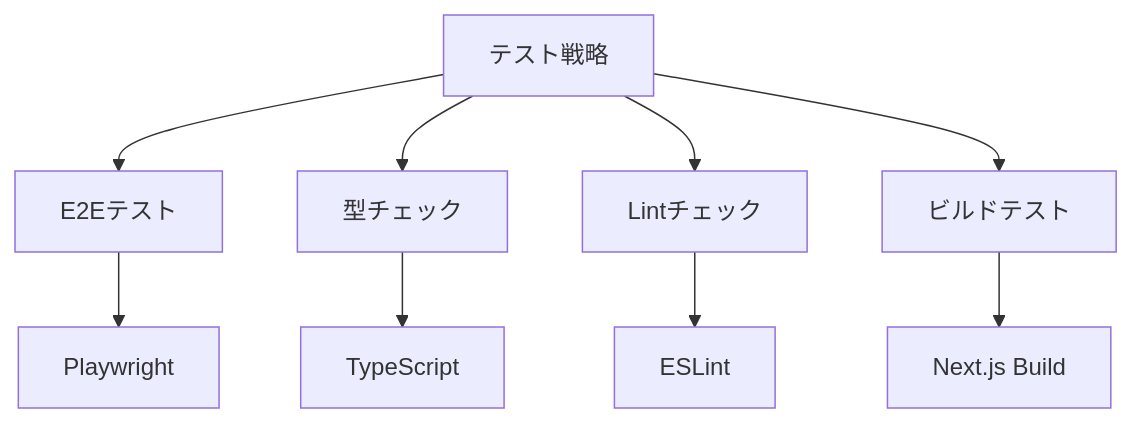
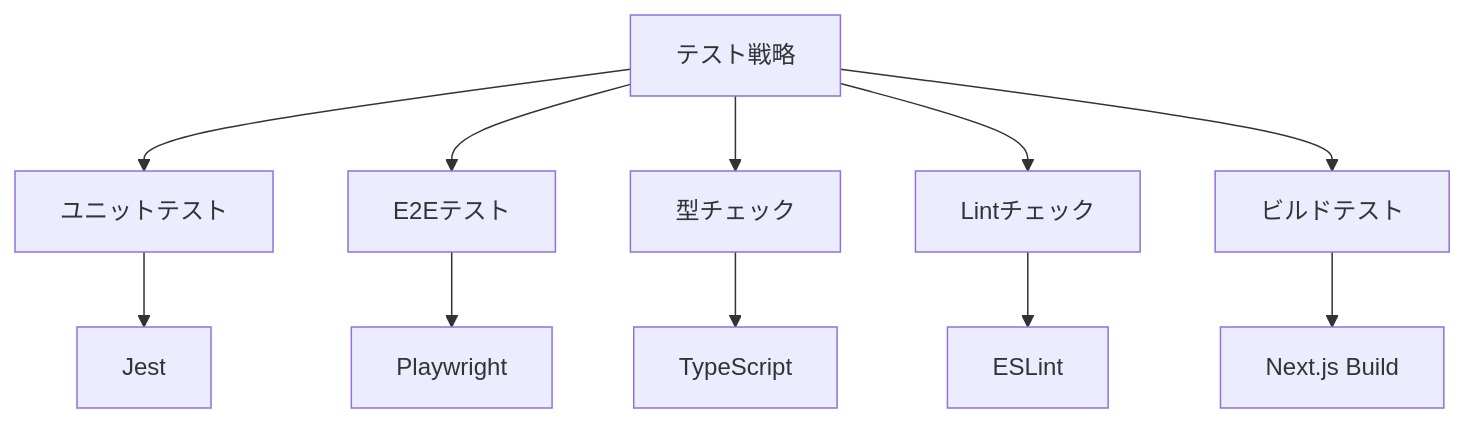
One commit to shuhei0720/keion-circle-site changed diagram 11 of 14 in README.md. Above: the diagram before and after it, drawn with Mermaid. The commit also changed other lines of this file, not shown here.

````diff
--- a/README.md
+++ b/README.md
@@ -1718,12 +1718,14 @@
 ```mermaid
 graph TB
-    A[テスト戦略] --> B[E2Eテスト]
-    A --> C[型チェック]
-    A --> D[Lintチェック]
-    A --> E[ビルドテスト]
+    A[テスト戦略] --> B[ユニットテスト]
+    A --> C[E2Eテスト]
+    A --> D[型チェック]
+    A --> E[Lintチェック]
+    A --> F[ビルドテスト]
     
-    B --> B1[Playwright]
-    C --> C1[TypeScript]
-    D --> D1[ESLint]
-    E --> E1[Next.js Build]
+    B --> B1[Jest]
+    C --> C1[Playwright]
+    D --> D1[TypeScript]
+    E --> E1[ESLint]
+    F --> F1[Next.js Build]
 ```
````
